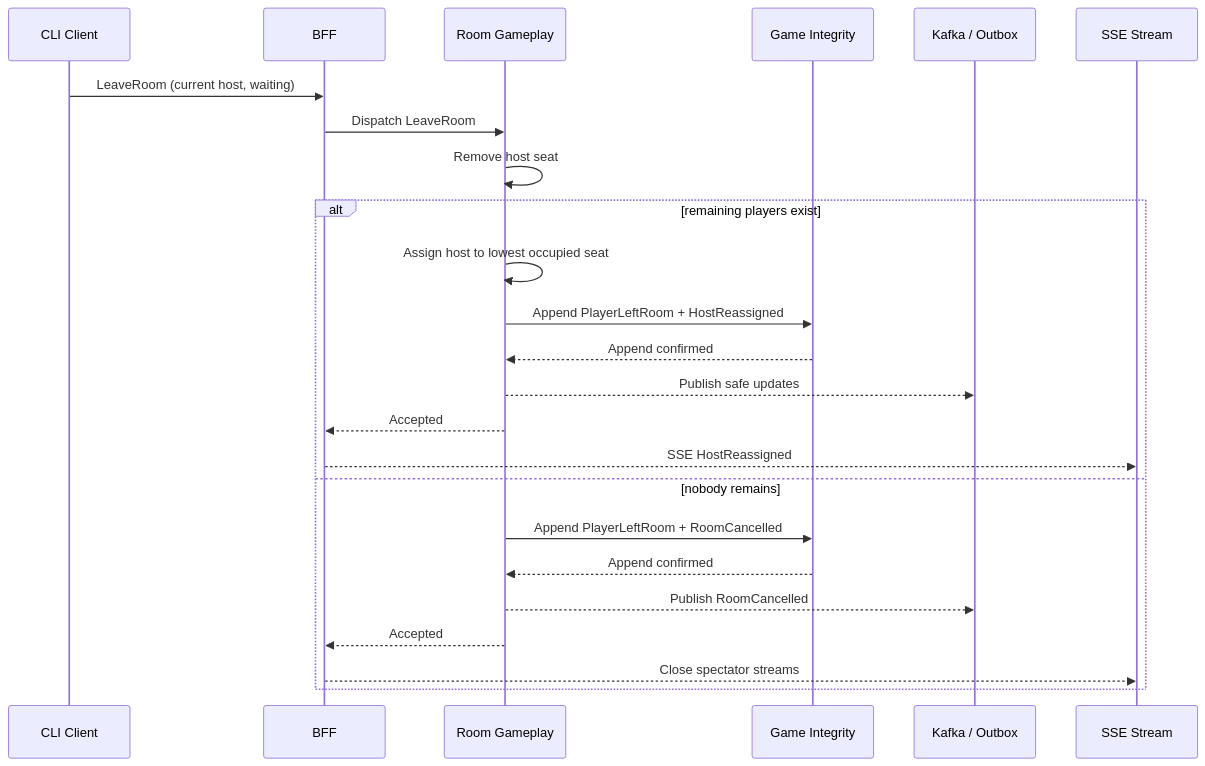
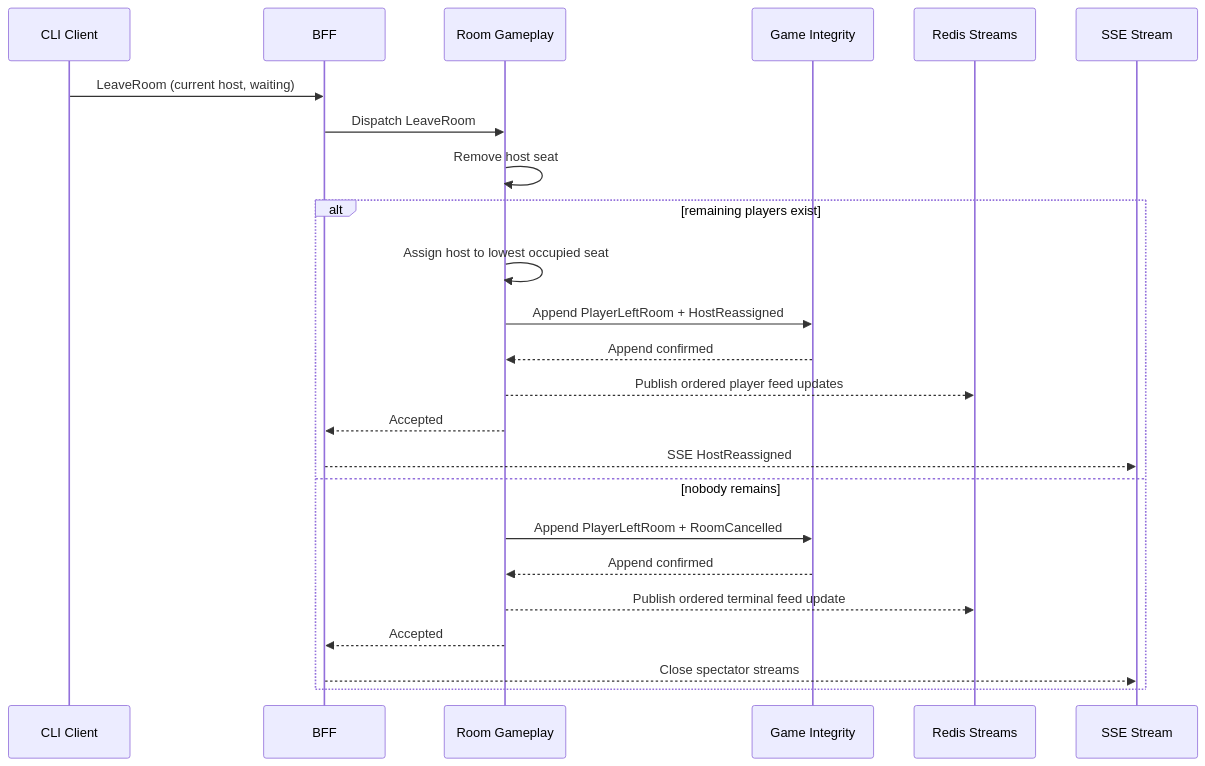
One commit to FSendot/uno-arena changed the eighth of 8 diagrams in docs/architecture/07-sequence-diagrams.md. Above: the diagram before and after it, drawn with Mermaid. The commit also changed other lines of this file and 430 other files, not shown here.

Commit message:
feat: add durable adapters and local kind deployment architecture

````diff
--- a/docs/architecture/07-sequence-diagrams.md
+++ b/docs/architecture/07-sequence-diagrams.md
@@ -137,27 +237,27 @@
 ```mermaid
 sequenceDiagram
     participant C as CLI Client
     participant B as BFF
     participant R as Room Gameplay
     participant G as Game Integrity
-    participant K as Kafka / Outbox
+    participant X as Redis Streams
     participant S as SSE Stream
 
     C->>B: LeaveRoom (current host, waiting)
     B->>R: Dispatch LeaveRoom
     R->>R: Remove host seat
     alt remaining players exist
         R->>R: Assign host to lowest occupied seat
         R->>G: Append PlayerLeftRoom + HostReassigned
         G-->>R: Append confirmed
-        R-->>K: Publish safe updates
+        R-->>X: Publish ordered player feed updates
         R-->>B: Accepted
         B-->>S: SSE HostReassigned
     else nobody remains
         R->>G: Append PlayerLeftRoom + RoomCancelled
         G-->>R: Append confirmed
-        R-->>K: Publish RoomCancelled
+        R-->>X: Publish ordered terminal feed update
         R-->>B: Accepted
         B-->>S: Close spectator streams
     end
 ```
````
